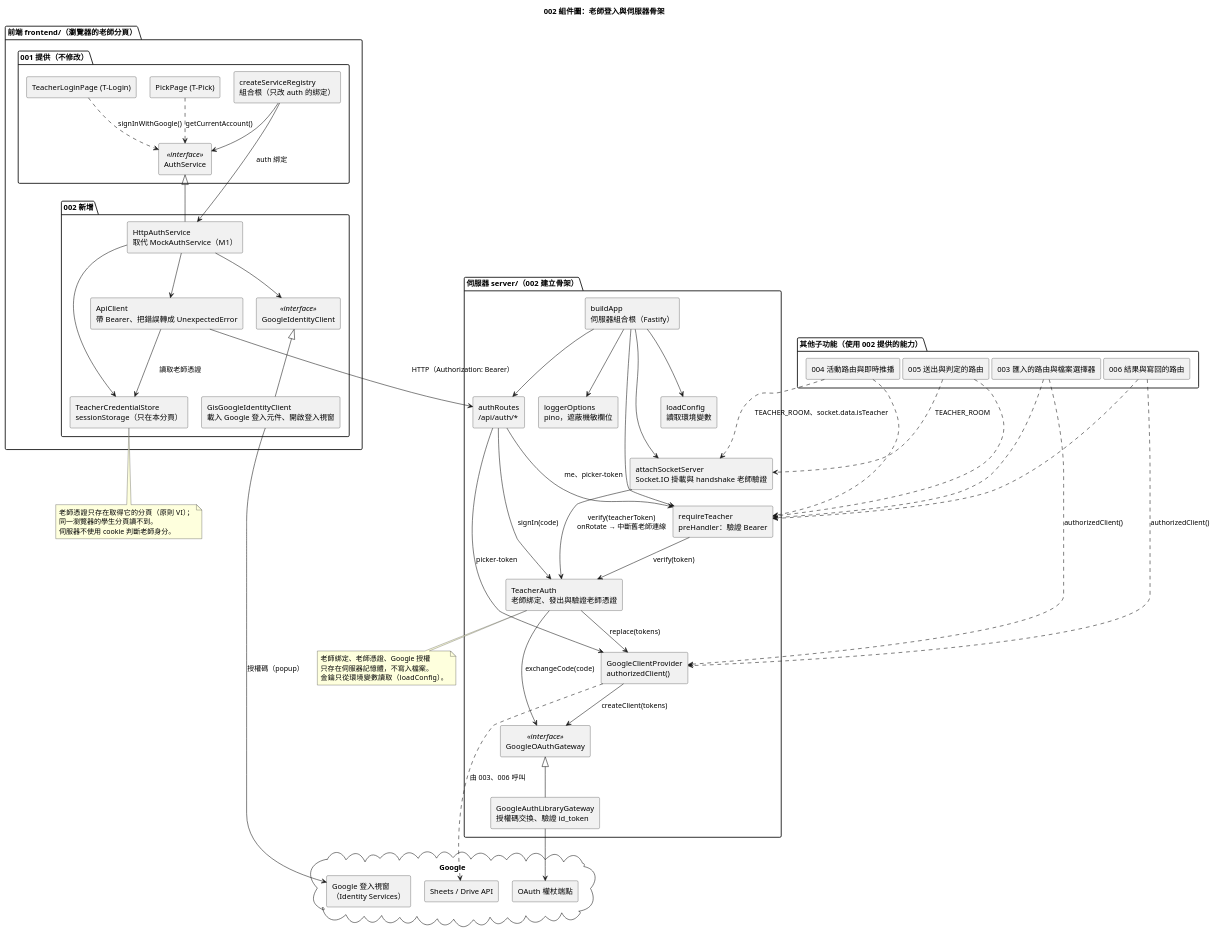
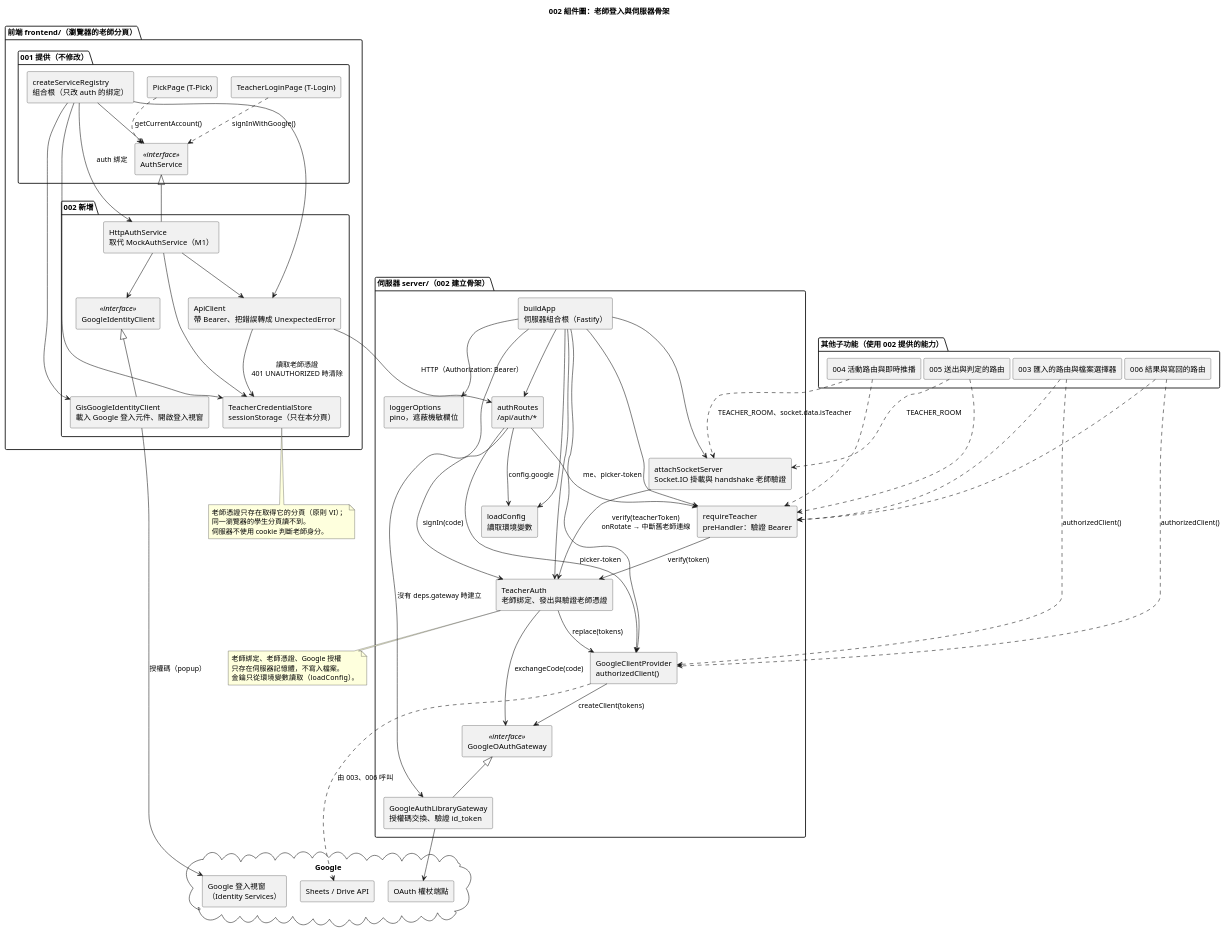
One commit to Ting10-01/quiz_buzzer_speckit changed the diagram in diagrams/002-component.puml. Above: the diagram before and after it, drawn with PlantUML. The commit also changed 7 other files, not shown here.

First line of the commit message:
spec(002): 依圖表一致性驗證同步三張圖與資料模型

```diff
--- a/diagrams/002-component.puml
+++ b/diagrams/002-component.puml
@@ -1,102 +1,109 @@
 @startuml 002-component
 title 002 組件圖：老師登入與伺服器骨架
 
 skinparam defaultFontName "PingFang TC"
 skinparam componentStyle rectangle
 skinparam nodesep 25
 skinparam ranksep 55
 
 package "前端 frontend/（瀏覽器的老師分頁）" {
   package "001 提供（不修改）" as F001 {
     component "TeacherLoginPage (T-Login)" as PLogin
     component "PickPage (T-Pick)" as PPick
     component "AuthService" <<interface>> as IAuth
     component "createServiceRegistry\n組合根（只改 auth 的綁定）" as Registry
   }
   package "002 新增" as F002 {
     component "HttpAuthService\n取代 MockAuthService（M1）" as HAuth
     component "GoogleIdentityClient" <<interface>> as IGis
     component "GisGoogleIdentityClient\n載入 Google 登入元件、開啟登入視窗" as Gis
     component "ApiClient\n帶 Bearer、把錯誤轉成 UnexpectedError" as Api
     component "TeacherCredentialStore\nsessionStorage（只在本分頁）" as Cred
   }
 }
 
 package "伺服器 server/（002 建立骨架）" {
   component "buildApp\n伺服器組合根（Fastify）" as App
   component "loadConfig\n讀取環境變數" as Config
   component "loggerOptions\npino，遮蔽機敏欄位" as Logger
   component "authRoutes\n/api/auth/*" as Routes
   component "requireTeacher\npreHandler：驗證 Bearer" as Guard
   component "TeacherAuth\n老師綁定、發出與驗證老師憑證" as TAuth
   component "GoogleOAuthGateway" <<interface>> as IGw
   component "GoogleAuthLibraryGateway\n授權碼交換、驗證 id_token" as Gw
   component "GoogleClientProvider\nauthorizedClient()" as Provider
   component "attachSocketServer\nSocket.IO 掛載與 handshake 老師驗證" as Sock
 }
 
 package "其他子功能（使用 002 提供的能力）" as Others {
   component "003 匯入的路由與檔案選擇器" as U003
   component "004 活動路由與即時推播" as U004
   component "005 送出與判定的路由" as U005
   component "006 結果與寫回的路由" as U006
 }
 
 cloud "Google" {
   component "Google 登入視窗\n（Identity Services）" as GIS
   component "OAuth 權杖端點" as GToken
   component "Sheets / Drive API" as GApi
 }
 
 PLogin ..> IAuth : signInWithGoogle()
 PPick ..> IAuth : getCurrentAccount()
 Registry --> IAuth
 Registry --> HAuth : auth 綁定
+Registry --> Gis
+Registry --> Api
+Registry --> Cred
 HAuth -up-|> IAuth
 HAuth --> IGis
 Gis -up-|> IGis
 HAuth --> Api
 HAuth --> Cred
-Api --> Cred : 讀取老師憑證
+Api --> Cred : 讀取老師憑證\n401 UNAUTHORIZED 時清除
 Gis --> GIS : 授權碼（popup）
 
 Api --> Routes : HTTP（Authorization: Bearer）
 App --> Config
 App --> Logger
 App --> Routes
 App --> Guard
 App --> Sock
+App --> TAuth
+App --> Provider
+App --> Gw : 沒有 deps.gateway 時建立
+Routes --> Config : config.google
 Routes --> Guard : me、picker-token
 Routes --> TAuth : signIn(code)
 Routes --> Provider : picker-token
 Guard --> TAuth : verify(token)
 Sock --> TAuth : verify(teacherToken)\nonRotate → 中斷舊老師連線
 TAuth --> IGw : exchangeCode(code)
 Gw -up-|> IGw
 Gw --> GToken
 TAuth --> Provider : replace(tokens)
 Provider --> IGw : createClient(tokens)
 
 U003 ..> Guard
 U004 ..> Guard
 U005 ..> Guard
 U006 ..> Guard
 U003 ..> Provider : authorizedClient()
 U006 ..> Provider : authorizedClient()
 U004 ..> Sock : TEACHER_ROOM、socket.data.isTeacher
 U005 ..> Sock : TEACHER_ROOM
 Provider ..> GApi : 由 003、006 呼叫
 
 note bottom of Cred
   老師憑證只存在取得它的分頁（原則 VI）；
   同一瀏覽器的學生分頁讀不到。
   伺服器不使用 cookie 判斷老師身分。
 end note
 
 note bottom of TAuth
   老師綁定、老師憑證、Google 授權
   只存在伺服器記憶體，不寫入檔案。
   金鑰只從環境變數讀取（loadConfig）。
 end note
 
 @enduml
```
